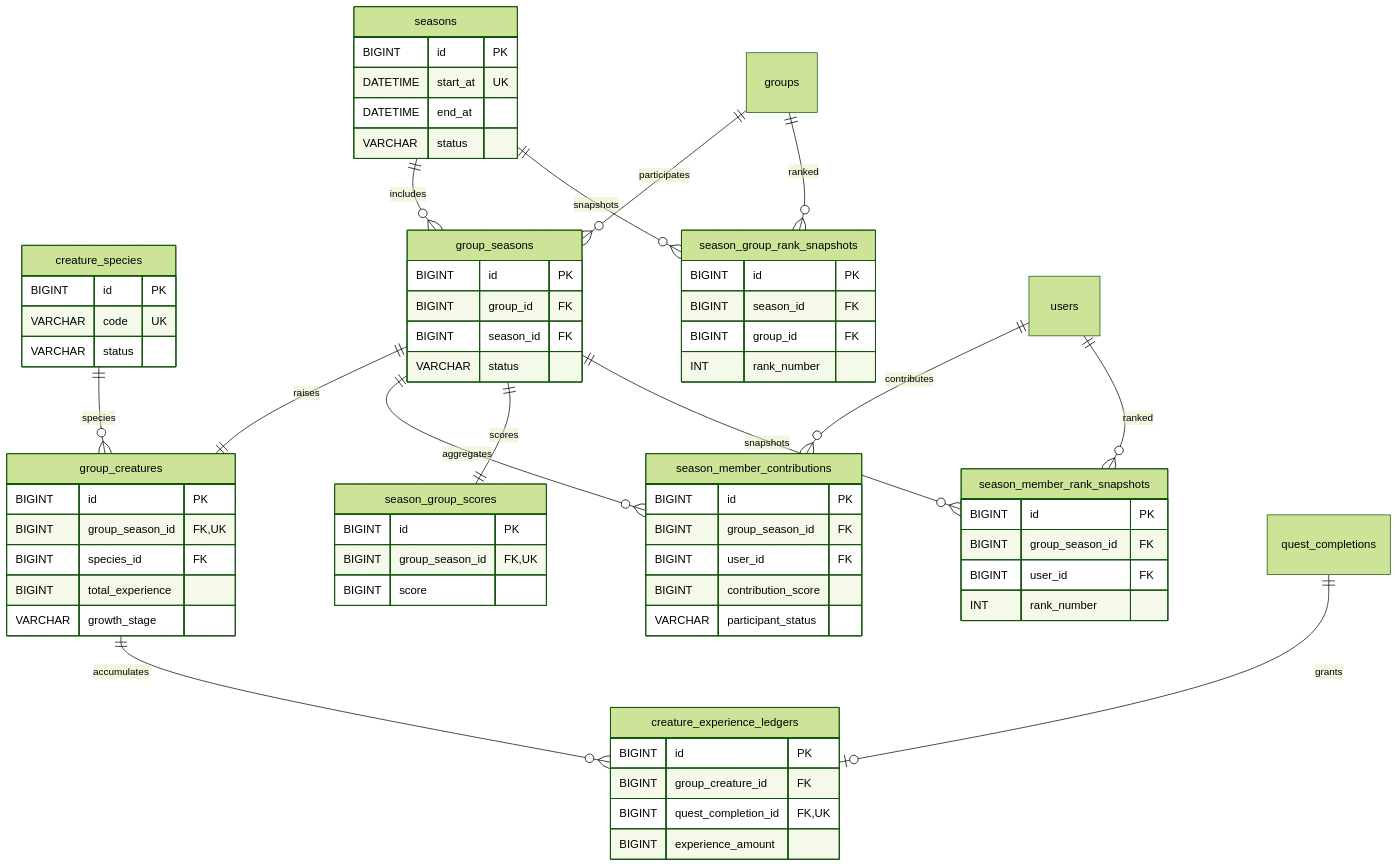
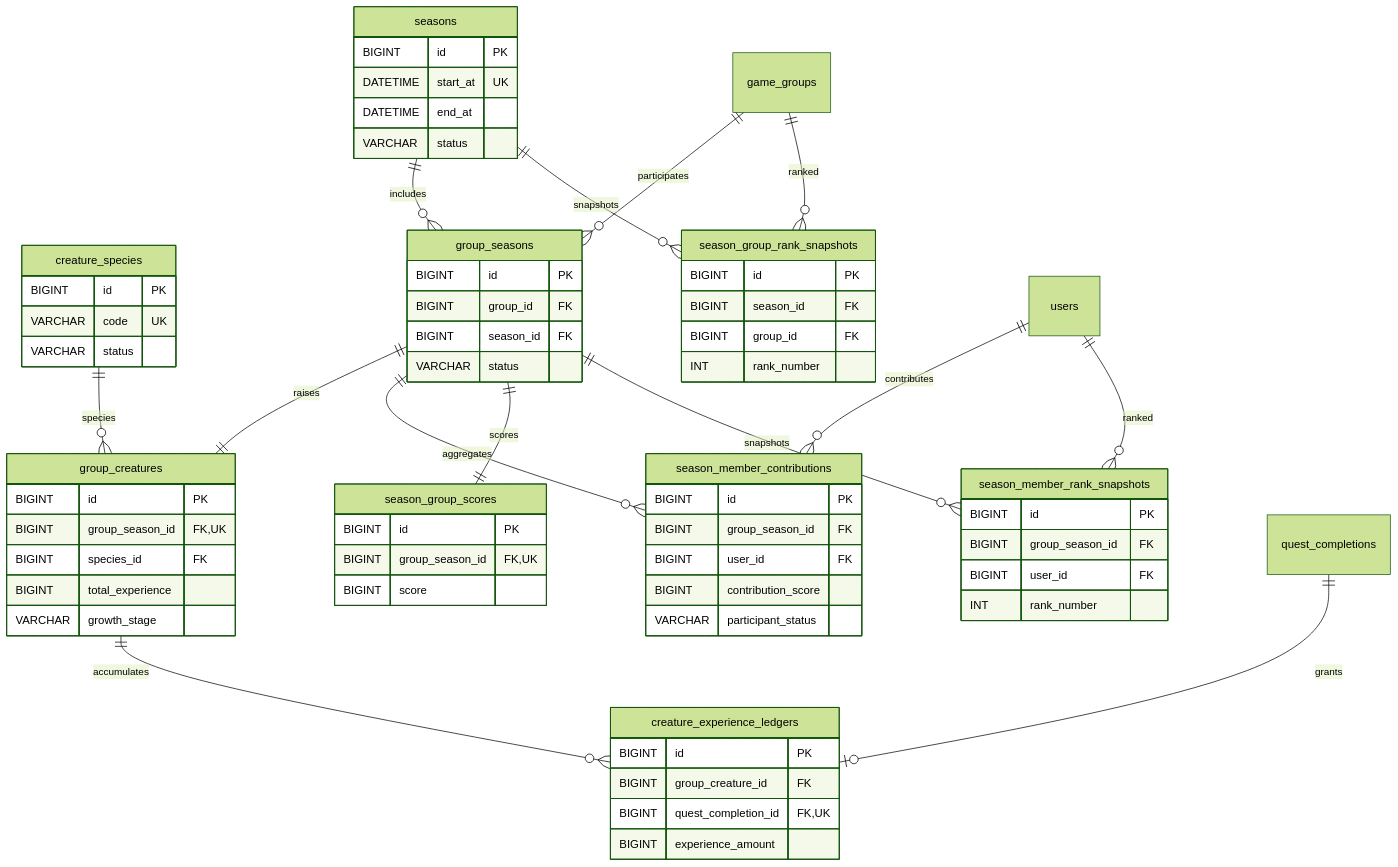
Before and after one commit to heebaek200/shared-creature-game: the second of 5 diagrams in docs/database-design.md, drawn with Mermaid (forest theme). The commit also changed other lines of this file and 148 other files, not shown here.

````diff
--- a/docs/database-design.md
+++ b/docs/database-design.md
@@ -192,71 +192,71 @@
 ```mermaid
 erDiagram
     seasons {
         BIGINT id PK
         DATETIME start_at UK
         DATETIME end_at
         VARCHAR status
     }
     creature_species {
         BIGINT id PK
         VARCHAR code UK
         VARCHAR status
     }
     group_seasons {
         BIGINT id PK
         BIGINT group_id FK
         BIGINT season_id FK
         VARCHAR status
     }
     group_creatures {
         BIGINT id PK
         BIGINT group_season_id FK, UK
         BIGINT species_id FK
         BIGINT total_experience
         VARCHAR growth_stage
     }
     creature_experience_ledgers {
         BIGINT id PK
         BIGINT group_creature_id FK
         BIGINT quest_completion_id FK, UK
         BIGINT experience_amount
     }
     season_member_contributions {
         BIGINT id PK
         BIGINT group_season_id FK
         BIGINT user_id FK
         BIGINT contribution_score
         VARCHAR participant_status
     }
     season_group_scores {
         BIGINT id PK
         BIGINT group_season_id FK, UK
         BIGINT score
     }
     season_member_rank_snapshots {
         BIGINT id PK
         BIGINT group_season_id FK
         BIGINT user_id FK
         INT rank_number
     }
     season_group_rank_snapshots {
         BIGINT id PK
         BIGINT season_id FK
         BIGINT group_id FK
         INT rank_number
     }
 
     seasons ||--o{ group_seasons : includes
-    groups ||--o{ group_seasons : participates
+    game_groups ||--o{ group_seasons : participates
     group_seasons ||--|| group_creatures : raises
     creature_species ||--o{ group_creatures : species
     group_creatures ||--o{ creature_experience_ledgers : accumulates
     quest_completions ||--o| creature_experience_ledgers : grants
     group_seasons ||--o{ season_member_contributions : aggregates
     users ||--o{ season_member_contributions : contributes
     group_seasons ||--|| season_group_scores : scores
     group_seasons ||--o{ season_member_rank_snapshots : snapshots
     users ||--o{ season_member_rank_snapshots : ranked
     seasons ||--o{ season_group_rank_snapshots : snapshots
-    groups ||--o{ season_group_rank_snapshots : ranked
+    game_groups ||--o{ season_group_rank_snapshots : ranked
 ```
````
